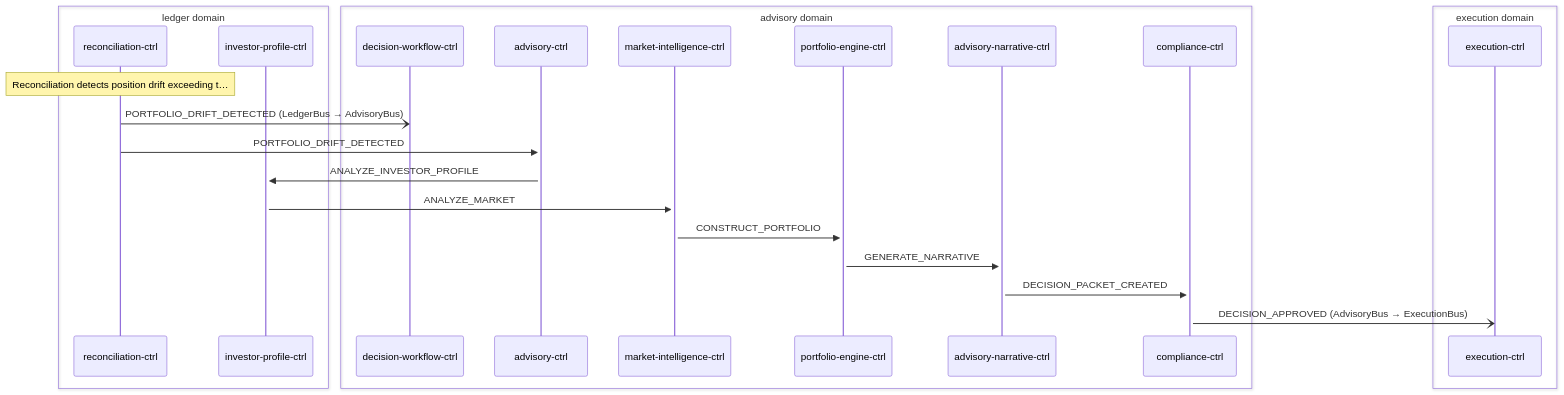
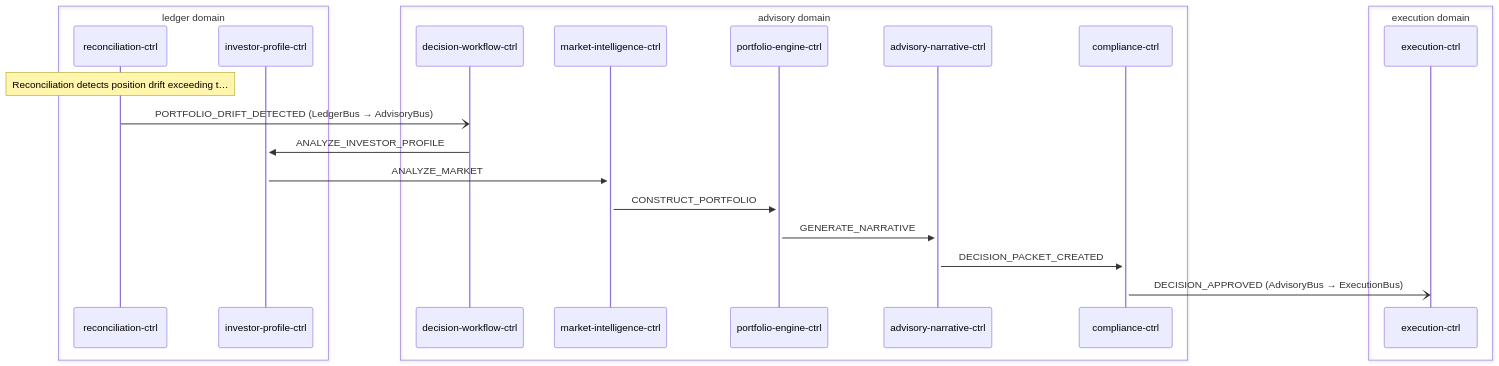
The second of 2 diagrams in docs/data-flows/portfolio-rebalance.md (fabio-vitali/nestfolio), drawn with Mermaid before and after one commit. The commit also changed other lines of this file and 21 other files, not shown here.

First line of the commit message:
docs: regen flow markdown + C4 diagrams for InvestorProfile collapse

````diff
--- a/docs/data-flows/portfolio-rebalance.md
+++ b/docs/data-flows/portfolio-rebalance.md
@@ -34,27 +33,25 @@
 ```mermaid
 sequenceDiagram
     box ledger domain
         participant reconciliation_ctrl as reconciliation-ctrl
         participant investor_profile_ctrl as investor-profile-ctrl
     end
     box advisory domain
         participant decision_workflow_ctrl as decision-workflow-ctrl
-        participant advisory_ctrl as advisory-ctrl
         participant market_intelligence_ctrl as market-intelligence-ctrl
         participant portfolio_engine_ctrl as portfolio-engine-ctrl
         participant advisory_narrative_ctrl as advisory-narrative-ctrl
         participant compliance_ctrl as compliance-ctrl
     end
     box execution domain
         participant execution_ctrl as execution-ctrl
     end
     Note over reconciliation_ctrl: Reconciliation detects position drift exceeding t…
     reconciliation_ctrl-)decision_workflow_ctrl: PORTFOLIO_DRIFT_DETECTED (LedgerBus → AdvisoryBus)
-    reconciliation_ctrl->>+advisory_ctrl: PORTFOLIO_DRIFT_DETECTED
-    advisory_ctrl->>+investor_profile_ctrl: ANALYZE_INVESTOR_PROFILE
+    decision_workflow_ctrl->>+investor_profile_ctrl: ANALYZE_INVESTOR_PROFILE
     investor_profile_ctrl->>+market_intelligence_ctrl: ANALYZE_MARKET
     market_intelligence_ctrl->>+portfolio_engine_ctrl: CONSTRUCT_PORTFOLIO
     portfolio_engine_ctrl->>+advisory_narrative_ctrl: GENERATE_NARRATIVE
     advisory_narrative_ctrl->>+compliance_ctrl: DECISION_PACKET_CREATED
     compliance_ctrl-)execution_ctrl: DECISION_APPROVED (AdvisoryBus → ExecutionBus)
 ```
````
